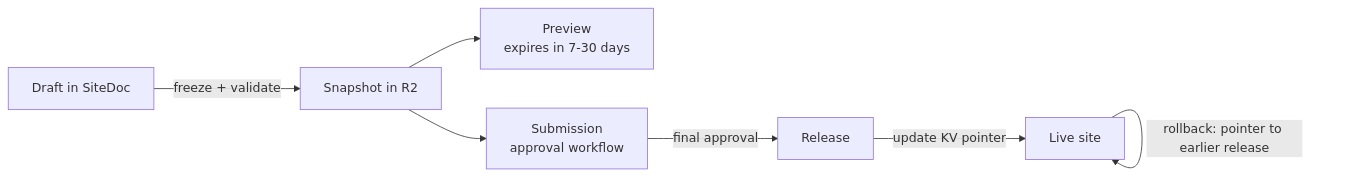
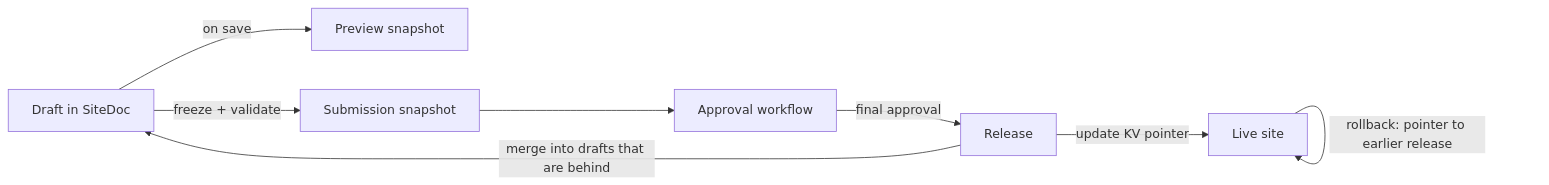
Before and after one commit to AdiRishi/pakshi: the second of 2 diagrams in docs/technical-design.mdx, drawn with Mermaid. The commit also changed other lines of this file and 5 other files, not shown here.

````diff
--- a/docs/technical-design.mdx
+++ b/docs/technical-design.mdx
@@ -236,9 +239,10 @@
 ```mermaid
 flowchart LR
-  D[Draft in SiteDoc] -->|freeze + validate| S[Snapshot in R2]
-  S --> P[Preview<br/>expires in 7-30 days]
-  S --> A[Submission<br/>approval workflow]
+  D[Draft in SiteDoc] -->|on save| P[Preview snapshot]
+  D -->|freeze + validate| S[Submission snapshot]
+  S --> A[Approval workflow]
   A -->|final approval| R[Release]
   R -->|update KV pointer| L[Live site]
   L -->|rollback: pointer to earlier release| L
+  R -->|merge into drafts that are behind| D
 ```
````
